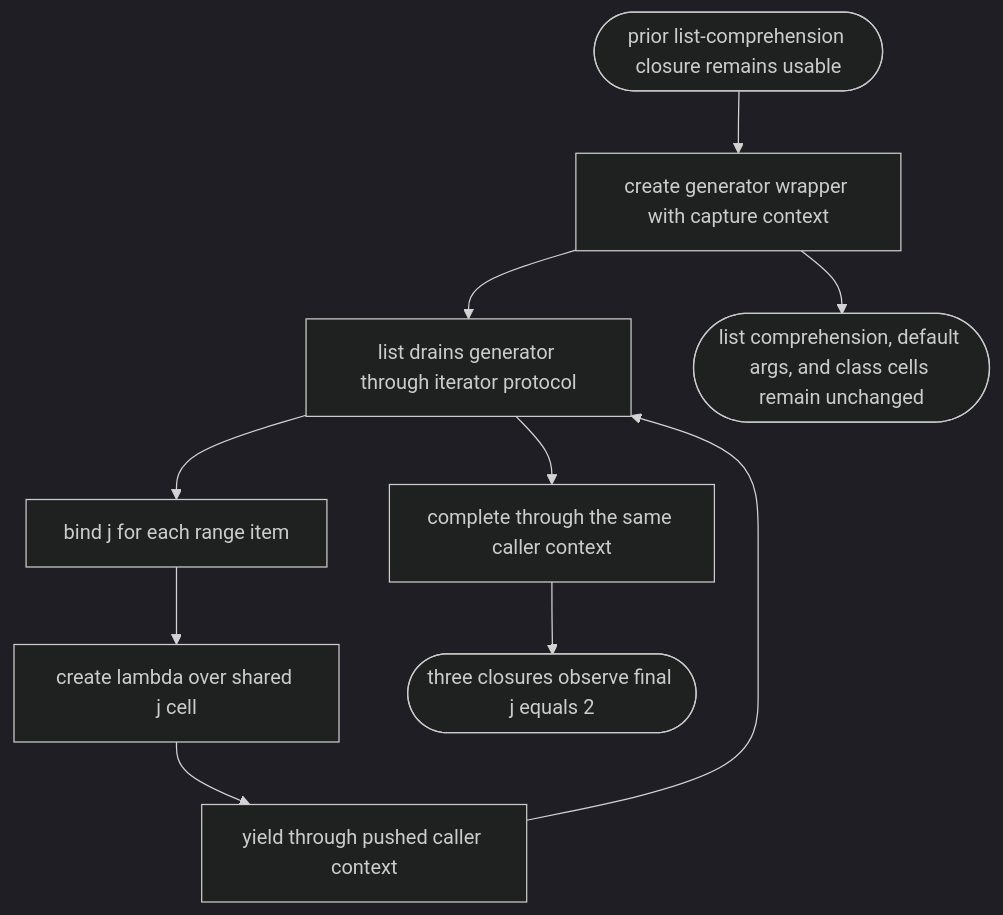
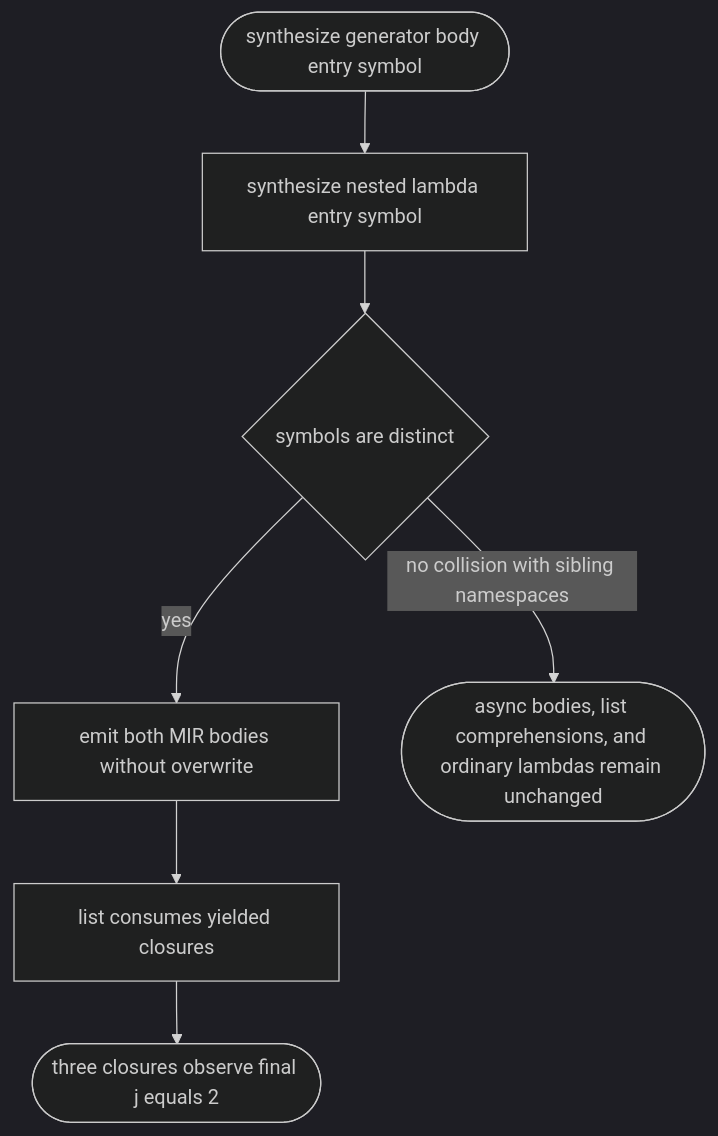
One commit to chrischeng-c4/axiom changed the diagram in .aw/tech-design/projects/mamba/logic/mamba-language-core-restore-class-comprehension-cells.md. Above: the diagram before and after it, drawn with Mermaid (dark theme). The commit also changed other lines of this file and 2 other files, not shown here.

Commit message:
td(1490): correct generator closure root cause
Refs #1490

````diff
--- a/.aw/tech-design/projects/mamba/logic/mamba-language-core-restore-class-comprehension-cells.md
+++ b/.aw/tech-design/projects/mamba/logic/mamba-language-core-restore-class-comprehension-cells.md
@@ -10,36 +10,28 @@
 ```mermaid
 ---
-id: mamba-generator-expression-closure-context
-entry: generator expression after a list-comprehension closure
+id: mamba-generator-expression-closure-symbol-isolation
+entry: generator expression whose body yields a lambda
 nodes:
-  list_closure: { kind: start, label: prior list-comprehension closure remains usable }
-  construct: { kind: process, label: create generator wrapper with capture context }
-  drain: { kind: process, label: list drains generator through iterator protocol }
-  bind: { kind: process, label: bind j for each range item }
-  closure: { kind: process, label: create lambda over shared j cell }
-  yield: { kind: process, label: yield through pushed caller context }
-  complete: { kind: process, label: complete through the same caller context }
+  generator: { kind: start, label: synthesize generator body entry symbol }
+  lambda: { kind: process, label: synthesize nested lambda entry symbol }
+  unique: { kind: decision, label: symbols are distinct }
+  emit: { kind: process, label: emit both MIR bodies without overwrite }
+  consume: { kind: process, label: list consumes yielded closures }
   result: { kind: terminal, label: three closures observe final j equals 2 }
-  boundary: { kind: terminal, label: list comprehension, default args, and class cells remain unchanged }
+  boundary: { kind: terminal, label: async bodies, list comprehensions, and ordinary lambdas remain unchanged }
 edges:
-  - { from: list_closure, to: construct }
-  - { from: construct, to: drain }
-  - { from: drain, to: bind }
-  - { from: bind, to: closure }
-  - { from: closure, to: yield }
-  - { from: yield, to: drain }
-  - { from: drain, to: complete }
-  - { from: complete, to: result }
-  - { from: construct, to: boundary }
+  - { from: generator, to: lambda }
+  - { from: lambda, to: unique }
+  - { from: unique, to: emit, label: yes }
+  - { from: emit, to: consume }
+  - { from: consume, to: result }
+  - { from: unique, to: boundary, label: no collision with sibling namespaces }
 ---
 flowchart TD
-    list_closure([prior list-comprehension closure remains usable]) --> construct[create generator wrapper with capture context]
-    construct --> drain[list drains generator through iterator protocol]
-    drain --> bind[bind j for each range item]
-    bind --> closure[create lambda over shared j cell]
-    closure --> yield[yield through pushed caller context]
-    yield --> drain
-    drain --> complete[complete through the same caller context]
-    complete --> result([three closures observe final j equals 2])
-    construct --> boundary([list comprehension, default args, and class cells remain unchanged])
+    generator([synthesize generator body entry symbol]) --> lambda[synthesize nested lambda entry symbol]
+    lambda --> unique{symbols are distinct}
+    unique -- yes --> emit[emit both MIR bodies without overwrite]
+    emit --> consume[list consumes yielded closures]
+    consume --> result([three closures observe final j equals 2])
+    unique -- no collision with sibling namespaces --> boundary([async bodies, list comprehensions, and ordinary lambdas remain unchanged])
 ```
````
